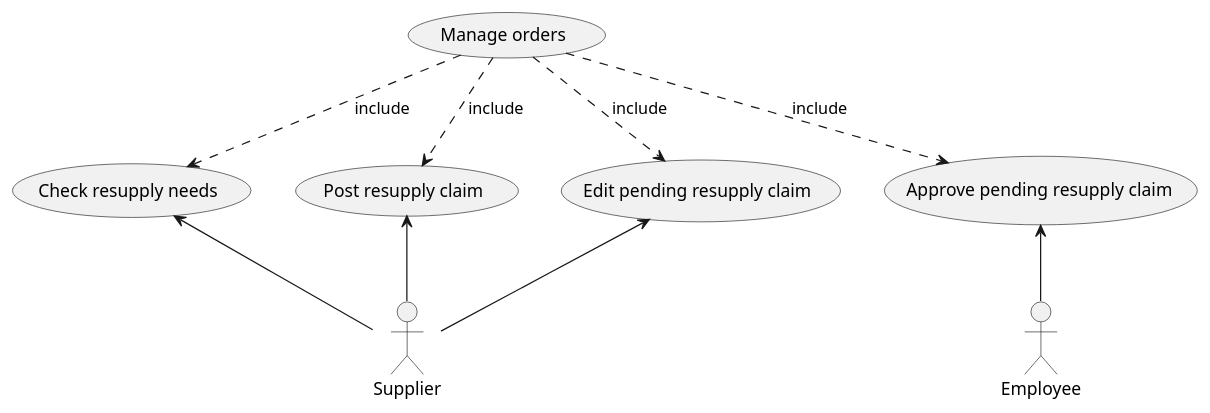
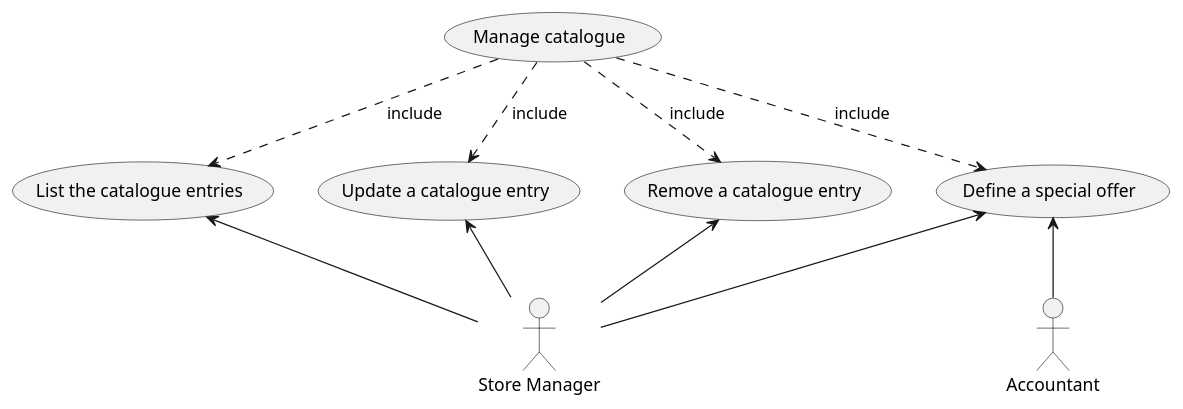
The sixth of 12 diagrams in Deliverables/RequirementsDocument.md (polito-se2-21-r03/se1-ezshop), drawn with PlantUML before and after one commit. The commit also changed other lines of this file, not shown here.

Commit message:
changes about UC diagram 6,7,8

````diff
--- a/Deliverables/RequirementsDocument.md
+++ b/Deliverables/RequirementsDocument.md
@@ -305,22 +329,23 @@
 ```plantuml
-"Supplier" as Supplier
-"Employee" as Employee
+"Store Manager" as StoreManager
+"Accountant" as Accountant
 
-(Manage orders) as FR7
+(Manage catalogue) as FR5
 
-/' Orders management (UC16, UC17, UC18, UC19) '/
-(Check resupply needs) as UC16
-(Post resupply claim) as UC17
-(Edit pending resupply claim) as UC18
-(Approve pending resupply claim) as UC19
+(List the catalogue entries) as UC5.1
+(Update a catalogue entry) as UC5.2
+(Remove a catalogue entry) as UC5.3
+(Define a special offer) as UC5.4
 
-FR7 ..> UC16 :include
-FR7 ..> UC17 :include
-FR7 ..> UC18 :include
-FR7 ..> UC19 :include
+/' Customers management (UC5.1, UC5.2, UC5.3, UC5.4,) '/
+FR5 ..> UC5.1 :include
+FR5 ..> UC5.2 :include
+FR5 ..> UC5.3 :include
+FR5 ..> UC5.4 :include
 
-UC16 <-- Supplier
-UC17 <-- Supplier
-UC18 <-- Supplier
-UC19 <-- Employee
+UC5.1 <-- StoreManager
+UC5.2 <-- StoreManager
+UC5.3 <-- StoreManager
+UC5.4 <-- StoreManager
+UC5.4 <-- Accountant
 ```
````
